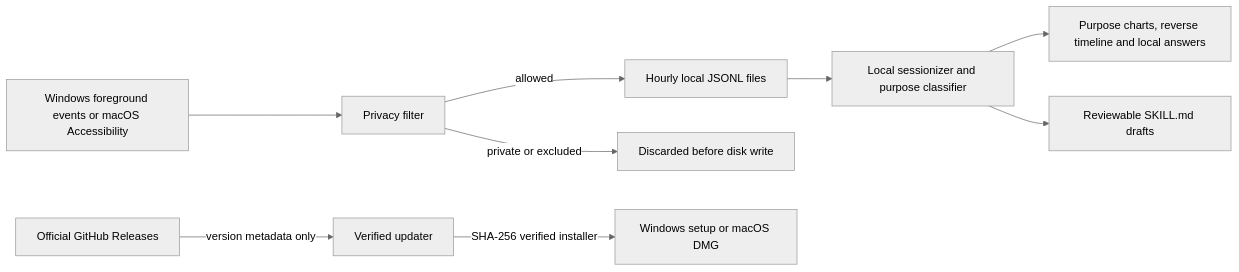
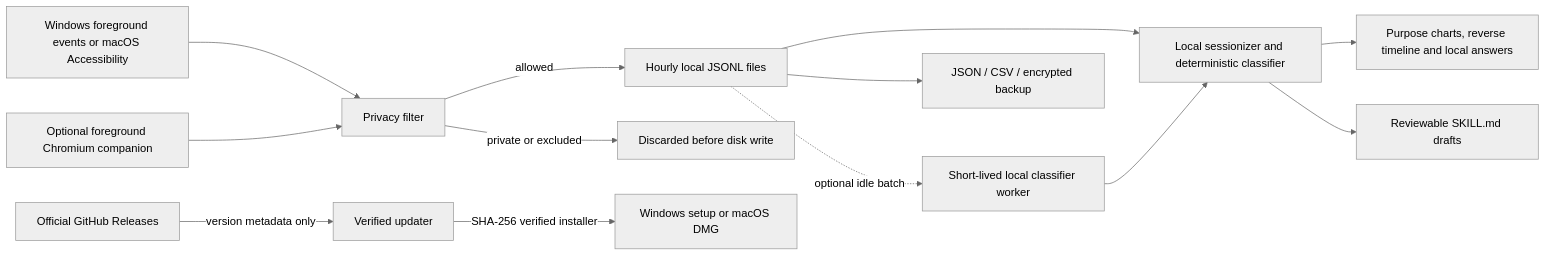
The diagram in README.md (CaspianG/daytrace), drawn with Mermaid (neutral theme) before and after one commit. The commit also changed other lines of this file and 76 other files, not shown here.

````diff
--- a/README.md
+++ b/README.md
@@ -155,11 +176,15 @@
 ```mermaid
 flowchart LR
     A["Windows foreground events or macOS Accessibility"] --> B["Privacy filter"]
+    H["Optional foreground Chromium companion"] --> B
     B -->|"allowed"| C["Hourly local JSONL files"]
     B -->|"private or excluded"| X["Discarded before disk write"]
-    C --> D["Local sessionizer and purpose classifier"]
+    C --> D["Local sessionizer and deterministic classifier"]
+    C -.->|"optional idle batch"| M["Short-lived local classifier worker"]
+    M --> D
     D --> E["Purpose charts, reverse timeline and local answers"]
     D --> F["Reviewable SKILL.md drafts"]
+    C --> K["JSON / CSV / encrypted backup"]
     U["Official GitHub Releases"] -->|"version metadata only"| V["Verified updater"]
     V -->|"SHA-256 verified installer"| G["Windows setup or macOS DMG"]
 ```
````
